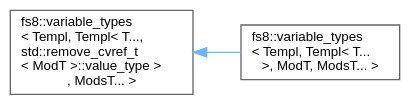
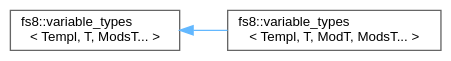
One commit to the-moisrex/foresight changed the diagram in api/inherit_graph_126.dot. Above: the diagram before and after it, drawn with Graphviz. The commit also changed 212 other files, not shown here.

```diff
--- a/api/inherit_graph_126.dot
+++ b/api/inherit_graph_126.dot
@@ -1,11 +1,11 @@
 digraph "Graphical Class Hierarchy"
 {
  // LATEX_PDF_SIZE
   bgcolor="transparent";
   edge [fontname=Helvetica,fontsize=10,labelfontname=Helvetica,labelfontsize=10];
   node [fontname=Helvetica,fontsize=10,shape=box,height=0.2,width=0.4];
   rankdir="LR";
-  Node0 [id="Node000000",label="fs8::variable_types\l\< Templ, Templ\< T...,\l std::remove_cvref_t\l\< ModT \>::value_type \>\l, ModsT... \>",height=0.2,width=0.4,color="grey40", fillcolor="white", style="filled",URL="$structfs8_1_1variable__types.html",tooltip=" "];
-  Node0 -> Node1 [id="edge126_Node000000_Node000001",dir="back",color="steelblue1",style="solid",tooltip=" "];
-  Node1 [id="Node000001",label="fs8::variable_types\l\< Templ, Templ\< T...\l \>, ModT, ModsT... \>",height=0.2,width=0.4,color="grey40", fillcolor="white", style="filled",URL="$structfs8_1_1variable__types_3_01Templ_00_01Templ_3_01T_8_8_8_01_4_00_01ModT_00_01ModsT_8_8_8_01_4.html",tooltip=" "];
+  Node0 [id="Node000000",label="fs8::variable_types\l\< Templ, T, ModsT... \>",height=0.2,width=0.4,color="grey40", fillcolor="white", style="filled",URL="$structfs8_1_1variable__types.html",tooltip=" "];
+  Node0 -> Node1 [id="edge128_Node000000_Node000001",dir="back",color="steelblue1",style="solid",tooltip=" "];
+  Node1 [id="Node000001",label="fs8::variable_types\l\< Templ, T, ModT, ModsT... \>",height=0.2,width=0.4,color="grey40", fillcolor="white", style="filled",URL="$structfs8_1_1variable__types_3_01Templ_00_01T_00_01ModT_00_01ModsT_8_8_8_01_4.html",tooltip=" "];
 }
```
